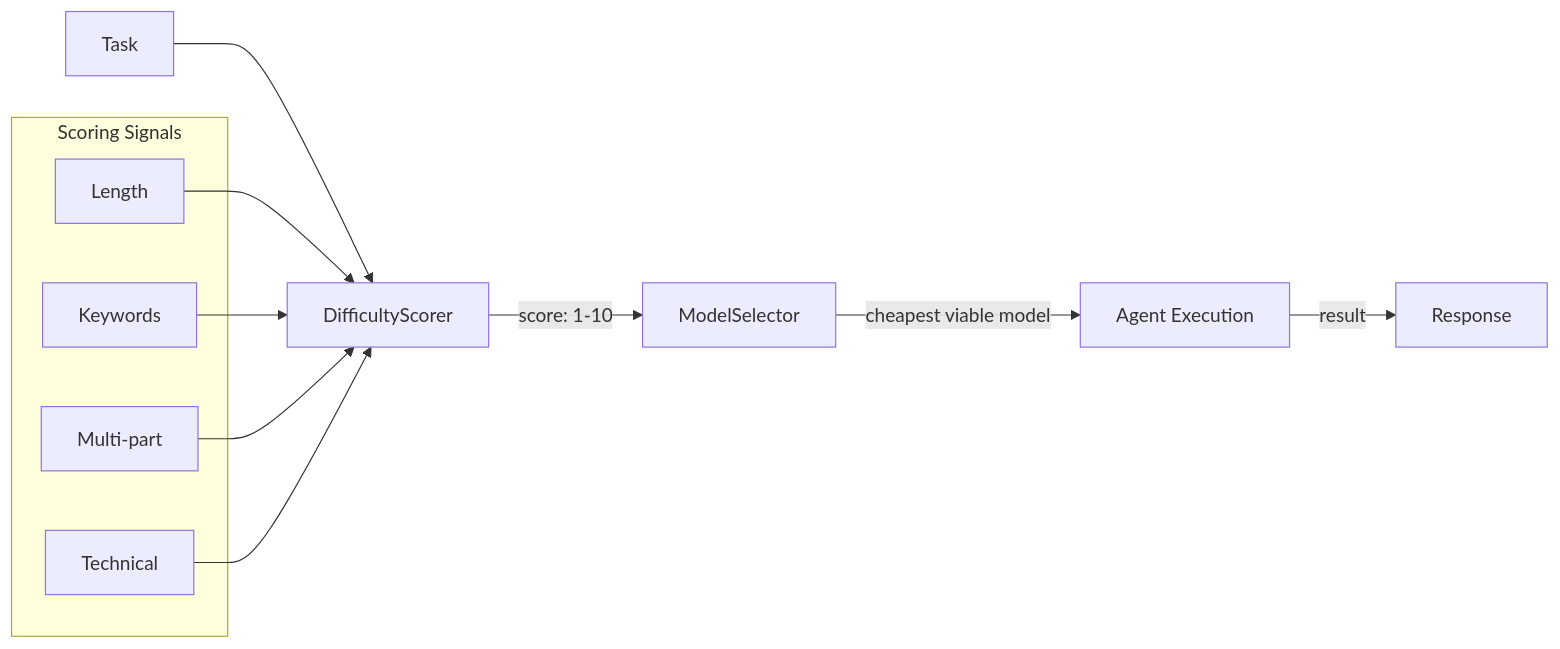
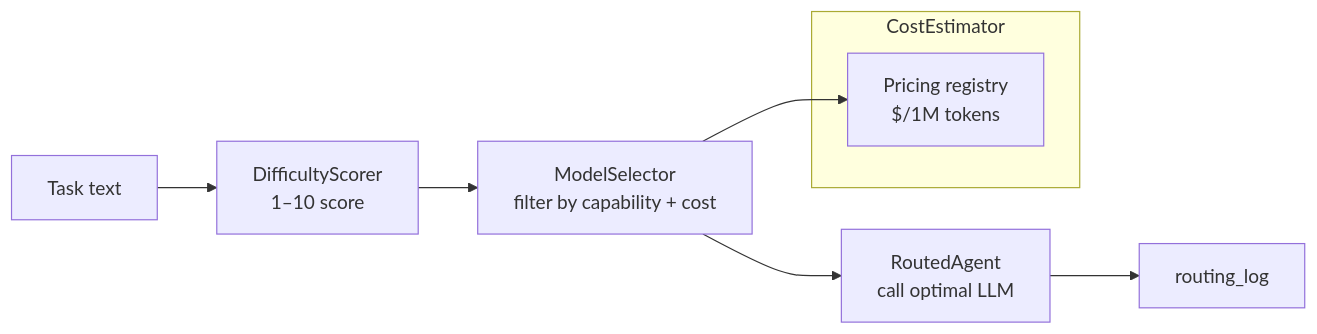
The diagram in docs/guides/router.md (pyagent-core/pyagent), drawn with Mermaid before and after one commit. The commit also changed other lines of this file and 31 other files, not shown here.

````diff
--- a/docs/guides/router.md
+++ b/docs/guides/router.md
@@ -7,18 +29,12 @@
 ```mermaid
 flowchart LR
-    T[Task] --> S[DifficultyScorer]
-    S --> |score: 1-10| M[ModelSelector]
-    M --> |cheapest viable model| A[Agent Execution]
-    A --> |result| R[Response]
+    T[Task text] --> DS[DifficultyScorer\n1–10 score]
+    DS --> MS[ModelSelector\nfilter by capability + cost]
+    MS --> R[RoutedAgent\ncall optimal LLM]
+    R --> L[routing_log]
 
-    subgraph Scoring Signals
-        L[Length]
-        K[Keywords]
-        MP[Multi-part]
-        TC[Technical]
+    subgraph CostEstimator
+        P[Pricing registry\n$/1M tokens]
     end
-    L --> S
-    K --> S
-    MP --> S
-    TC --> S
+    MS --> P
 ```
````
